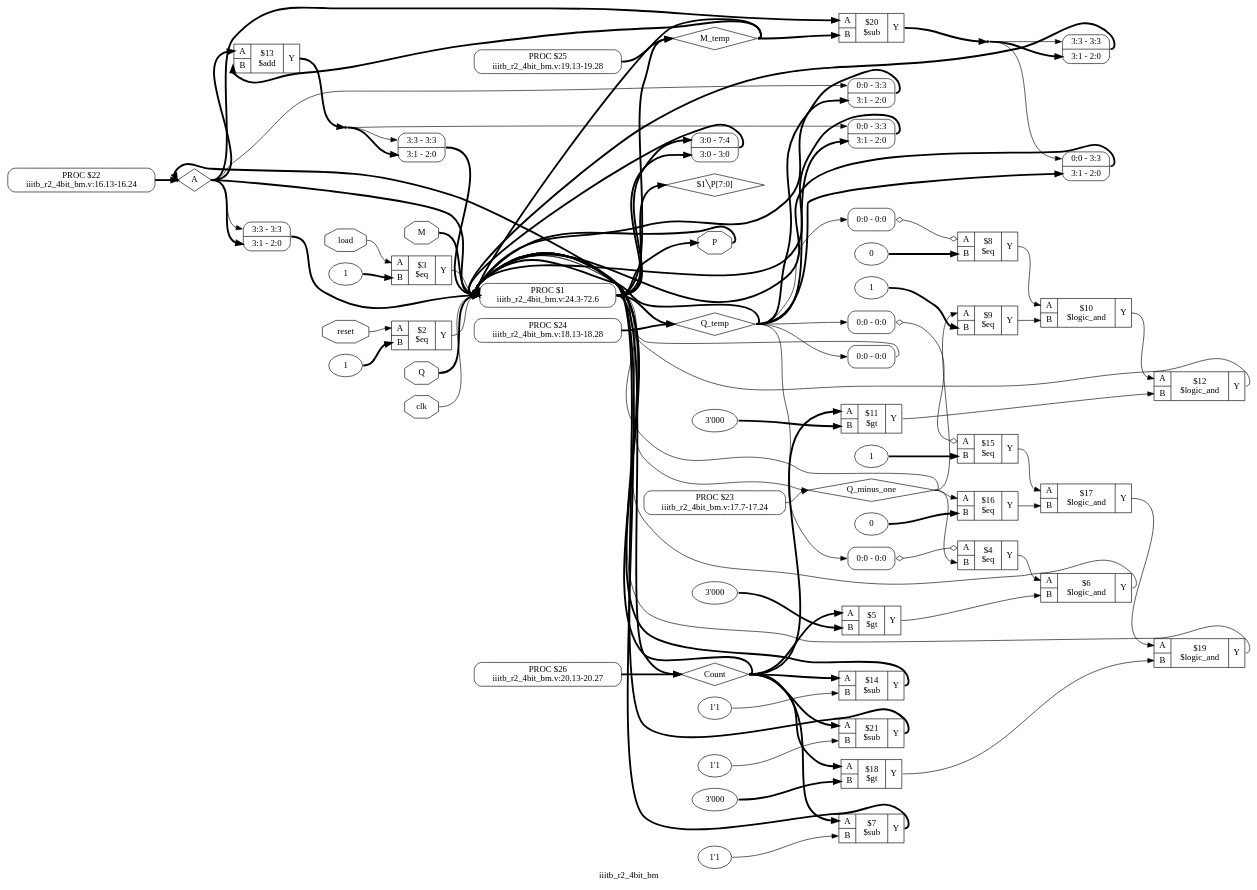
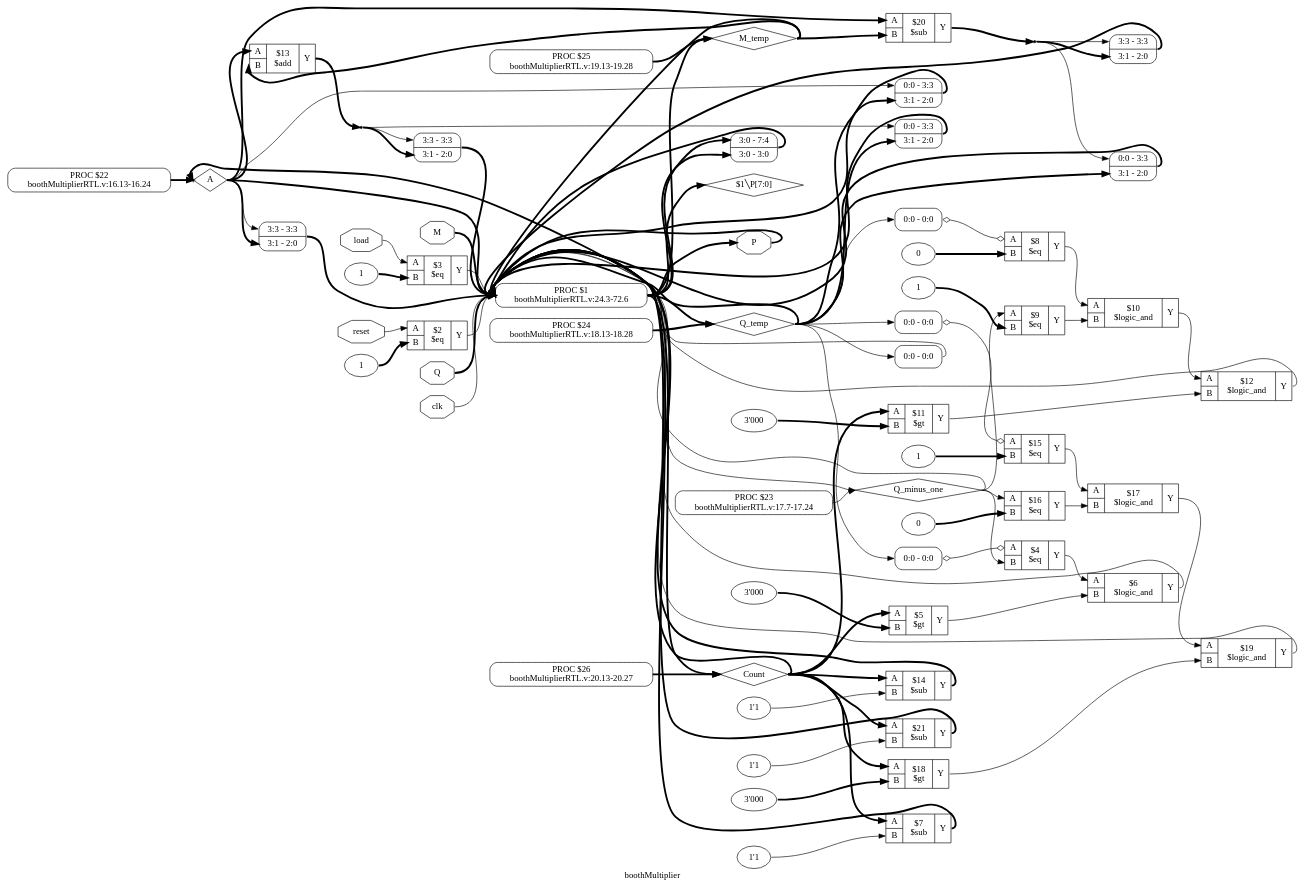
One commit to AbhijitBaral/booth-s_multiplier_ASIC_flow changed the diagram in schematics/RTL_netlist_schematic.dot. Above: the diagram before and after it, drawn with Graphviz. The commit also changed 9 other files, not shown here.

```diff
--- a/schematics/RTL_netlist_schematic.dot
+++ b/schematics/RTL_netlist_schematic.dot
@@ -1,165 +1,165 @@
-digraph "iiitb_r2_4bit_bm" {
-label="iiitb_r2_4bit_bm";
+digraph "boothMultiplier" {
+label="boothMultiplier";
 rankdir="LR";
 remincross=true;
 n55 [ shape=diamond, label="A", color="black", fontcolor="black"];
 n56 [ shape=diamond, label="Count", color="black", fontcolor="black"];
 n57 [ shape=octagon, label="M", color="black", fontcolor="black"];
 n58 [ shape=diamond, label="M_temp", color="black", fontcolor="black"];
 n59 [ shape=octagon, label="P", color="black", fontcolor="black"];
 n60 [ shape=octagon, label="Q", color="black", fontcolor="black"];
 n61 [ shape=diamond, label="Q_minus_one", color="black", fontcolor="black"];
 n62 [ shape=diamond, label="Q_temp", color="black", fontcolor="black"];
 n63 [ shape=octagon, label="clk", color="black", fontcolor="black"];
 n64 [ shape=octagon, label="load", color="black", fontcolor="black"];
 n65 [ shape=octagon, label="reset", color="black", fontcolor="black"];
 c68 [ shape=record, label="{{<p55> A|<p66> B}|$13\n$add|{<p67> Y}}",  ];
 v0 [ label="1" ];
 c69 [ shape=record, label="{{<p55> A|<p66> B}|$2\n$eq|{<p67> Y}}",  ];
 v1 [ label="1" ];
 c70 [ shape=record, label="{{<p55> A|<p66> B}|$3\n$eq|{<p67> Y}}",  ];
 c71 [ shape=record, label="{{<p55> A|<p66> B}|$4\n$eq|{<p67> Y}}",  ];
 x2 [ shape=record, style=rounded, label="<s0> 0:0 - 0:0 ", color="black", fontcolor="black" ];
 x2:e -> c71:p55:w [arrowhead=odiamond, arrowtail=odiamond, dir=both, color="black", fontcolor="black", label=""];
 v4 [ label="0" ];
 c72 [ shape=record, label="{{<p55> A|<p66> B}|$8\n$eq|{<p67> Y}}",  ];
 x3 [ shape=record, style=rounded, label="<s0> 0:0 - 0:0 ", color="black", fontcolor="black" ];
 x3:e -> c72:p55:w [arrowhead=odiamond, arrowtail=odiamond, dir=both, color="black", fontcolor="black", label=""];
 v5 [ label="1" ];
 c73 [ shape=record, label="{{<p55> A|<p66> B}|$9\n$eq|{<p67> Y}}",  ];
 v7 [ label="1" ];
 c74 [ shape=record, label="{{<p55> A|<p66> B}|$15\n$eq|{<p67> Y}}",  ];
 x6 [ shape=record, style=rounded, label="<s0> 0:0 - 0:0 ", color="black", fontcolor="black" ];
 x6:e -> c74:p55:w [arrowhead=odiamond, arrowtail=odiamond, dir=both, color="black", fontcolor="black", label=""];
 v8 [ label="0" ];
 c75 [ shape=record, label="{{<p55> A|<p66> B}|$16\n$eq|{<p67> Y}}",  ];
 v9 [ label="3'000" ];
 c76 [ shape=record, label="{{<p55> A|<p66> B}|$5\n$gt|{<p67> Y}}",  ];
 v10 [ label="3'000" ];
 c77 [ shape=record, label="{{<p55> A|<p66> B}|$11\n$gt|{<p67> Y}}",  ];
 v11 [ label="3'000" ];
 c78 [ shape=record, label="{{<p55> A|<p66> B}|$18\n$gt|{<p67> Y}}",  ];
 c79 [ shape=record, label="{{<p55> A|<p66> B}|$6\n$logic_and|{<p67> Y}}",  ];
 c80 [ shape=record, label="{{<p55> A|<p66> B}|$10\n$logic_and|{<p67> Y}}",  ];
 c81 [ shape=record, label="{{<p55> A|<p66> B}|$12\n$logic_and|{<p67> Y}}",  ];
 c82 [ shape=record, label="{{<p55> A|<p66> B}|$17\n$logic_and|{<p67> Y}}",  ];
 c83 [ shape=record, label="{{<p55> A|<p66> B}|$19\n$logic_and|{<p67> Y}}",  ];
 v12 [ label="1'1" ];
 c84 [ shape=record, label="{{<p55> A|<p66> B}|$7\n$sub|{<p67> Y}}",  ];
 v13 [ label="1'1" ];
 c85 [ shape=record, label="{{<p55> A|<p66> B}|$14\n$sub|{<p67> Y}}",  ];
 c86 [ shape=record, label="{{<p55> A|<p66> B}|$20\n$sub|{<p67> Y}}",  ];
 v14 [ label="1'1" ];
 c87 [ shape=record, label="{{<p55> A|<p66> B}|$21\n$sub|{<p67> Y}}",  ];
-p15 [shape=box, style=rounded, label="PROC $22\niiitb_r2_4bit_bm.v:16.13-16.24", ];
-p16 [shape=box, style=rounded, label="PROC $23\niiitb_r2_4bit_bm.v:17.7-17.24", ];
-p17 [shape=box, style=rounded, label="PROC $24\niiitb_r2_4bit_bm.v:18.13-18.28", ];
-p18 [shape=box, style=rounded, label="PROC $25\niiitb_r2_4bit_bm.v:19.13-19.28", ];
-p19 [shape=box, style=rounded, label="PROC $26\niiitb_r2_4bit_bm.v:20.13-20.27", ];
+p15 [shape=box, style=rounded, label="PROC $22\nboothMultiplierRTL.v:16.13-16.24", ];
+p16 [shape=box, style=rounded, label="PROC $23\nboothMultiplierRTL.v:17.7-17.24", ];
+p17 [shape=box, style=rounded, label="PROC $24\nboothMultiplierRTL.v:18.13-18.28", ];
+p18 [shape=box, style=rounded, label="PROC $25\nboothMultiplierRTL.v:19.13-19.28", ];
+p19 [shape=box, style=rounded, label="PROC $26\nboothMultiplierRTL.v:20.13-20.27", ];
 x21 [ shape=record, style=rounded, label="<s0> 0:0 - 0:0 ", color="black", fontcolor="black" ];
 x22 [ shape=record, style=rounded, label="<s1> 3:3 - 3:3 |<s0> 3:1 - 2:0 ", color="black", fontcolor="black" ];
 x23 [ shape=record, style=rounded, label="<s1> 3:3 - 3:3 |<s0> 3:1 - 2:0 ", color="black", fontcolor="black" ];
 x24 [ shape=record, style=rounded, label="<s1> 3:3 - 3:3 |<s0> 3:1 - 2:0 ", color="black", fontcolor="black" ];
 x25 [ shape=record, style=rounded, label="<s1> 0:0 - 3:3 |<s0> 3:1 - 2:0 ", color="black", fontcolor="black" ];
 x26 [ shape=record, style=rounded, label="<s1> 0:0 - 3:3 |<s0> 3:1 - 2:0 ", color="black", fontcolor="black" ];
 x27 [ shape=record, style=rounded, label="<s1> 0:0 - 3:3 |<s0> 3:1 - 2:0 ", color="black", fontcolor="black" ];
 x28 [ shape=record, style=rounded, label="<s1> 3:0 - 7:4 |<s0> 3:0 - 3:0 ", color="black", fontcolor="black" ];
-p20 [shape=box, style=rounded, label="PROC $1\niiitb_r2_4bit_bm.v:24.3-72.6", ];
+p20 [shape=box, style=rounded, label="PROC $1\nboothMultiplierRTL.v:24.3-72.6", ];
 n10 [ shape=diamond, label="$1&#9586;P[7:0]" ];
 p20:e -> n10:w [color="black", fontcolor="black", style="setlinewidth(3)", label=""];
 p20:e -> x28:s0:w [color="black", fontcolor="black", style="setlinewidth(3)", label=""];
 n35 [ shape=point ];
 c68:p67:e -> n35:w [color="black", fontcolor="black", style="setlinewidth(3)", label=""];
 n35:e -> x23:s0:w [color="black", fontcolor="black", style="setlinewidth(3)", label=""];
 n35:e -> x23:s1:w [color="black", fontcolor="black", label=""];
 n35:e -> x26:s1:w [color="black", fontcolor="black", label=""];
 c69:p67:e -> p20:w [color="black", fontcolor="black", label=""];
 c70:p67:e -> p20:w [color="black", fontcolor="black", label=""];
 c71:p67:e -> c79:p55:w [color="black", fontcolor="black", label=""];
 c72:p67:e -> c80:p55:w [color="black", fontcolor="black", label=""];
 c73:p67:e -> c80:p66:w [color="black", fontcolor="black", label=""];
 c74:p67:e -> c82:p55:w [color="black", fontcolor="black", label=""];
 c75:p67:e -> c82:p66:w [color="black", fontcolor="black", label=""];
 c76:p67:e -> c79:p66:w [color="black", fontcolor="black", label=""];
 c77:p67:e -> c81:p66:w [color="black", fontcolor="black", label=""];
 c78:p67:e -> c83:p66:w [color="black", fontcolor="black", label=""];
 c79:p67:e -> p20:w [color="black", fontcolor="black", label=""];
 c80:p67:e -> c81:p55:w [color="black", fontcolor="black", label=""];
 c81:p67:e -> p20:w [color="black", fontcolor="black", label=""];
 c82:p67:e -> c83:p55:w [color="black", fontcolor="black", label=""];
 c83:p67:e -> p20:w [color="black", fontcolor="black", label=""];
 c84:p67:e -> p20:w [color="black", fontcolor="black", style="setlinewidth(3)", label=""];
 c85:p67:e -> p20:w [color="black", fontcolor="black", style="setlinewidth(3)", label=""];
 n53 [ shape=point ];
 c86:p67:e -> n53:w [color="black", fontcolor="black", style="setlinewidth(3)", label=""];
 n53:e -> x24:s0:w [color="black", fontcolor="black", style="setlinewidth(3)", label=""];
 n53:e -> x24:s1:w [color="black", fontcolor="black", label=""];
 n53:e -> x25:s1:w [color="black", fontcolor="black", label=""];
 c87:p67:e -> p20:w [color="black", fontcolor="black", style="setlinewidth(3)", label=""];
 p15:e -> n55:w [color="black", fontcolor="black", style="setlinewidth(3)", label=""];
 p20:e -> n55:w [color="black", fontcolor="black", style="setlinewidth(3)", label=""];
 n55:e -> c68:p55:w [color="black", fontcolor="black", style="setlinewidth(3)", label=""];
 n55:e -> c86:p55:w [color="black", fontcolor="black", style="setlinewidth(3)", label=""];
 n55:e -> p20:w [color="black", fontcolor="black", style="setlinewidth(3)", label=""];
 n55:e -> x22:s0:w [color="black", fontcolor="black", style="setlinewidth(3)", label=""];
 n55:e -> x22:s1:w [color="black", fontcolor="black", label=""];
 n55:e -> x27:s1:w [color="black", fontcolor="black", label=""];
 p19:e -> n56:w [color="black", fontcolor="black", style="setlinewidth(3)", label=""];
 p20:e -> n56:w [color="black", fontcolor="black", style="setlinewidth(3)", label=""];
 n56:e -> c76:p55:w [color="black", fontcolor="black", style="setlinewidth(3)", label=""];
 n56:e -> c77:p55:w [color="black", fontcolor="black", style="setlinewidth(3)", label=""];
 n56:e -> c78:p55:w [color="black", fontcolor="black", style="setlinewidth(3)", label=""];
 n56:e -> c84:p55:w [color="black", fontcolor="black", style="setlinewidth(3)", label=""];
 n56:e -> c85:p55:w [color="black", fontcolor="black", style="setlinewidth(3)", label=""];
 n56:e -> c87:p55:w [color="black", fontcolor="black", style="setlinewidth(3)", label=""];
 n56:e -> p20:w [color="black", fontcolor="black", style="setlinewidth(3)", label=""];
 n57:e -> p20:w [color="black", fontcolor="black", style="setlinewidth(3)", label=""];
 p18:e -> n58:w [color="black", fontcolor="black", style="setlinewidth(3)", label=""];
 p20:e -> n58:w [color="black", fontcolor="black", style="setlinewidth(3)", label=""];
 n58:e -> c68:p66:w [color="black", fontcolor="black", style="setlinewidth(3)", label=""];
 n58:e -> c86:p66:w [color="black", fontcolor="black", style="setlinewidth(3)", label=""];
 n58:e -> p20:w [color="black", fontcolor="black", style="setlinewidth(3)", label=""];
 p20:e -> n59:w [color="black", fontcolor="black", style="setlinewidth(3)", label=""];
 n59:e -> p20:w [color="black", fontcolor="black", style="setlinewidth(3)", label=""];
 n60:e -> p20:w [color="black", fontcolor="black", style="setlinewidth(3)", label=""];
 p16:e -> n61:w [color="black", fontcolor="black", label=""];
 p20:e -> n61:w [color="black", fontcolor="black", label=""];
 n61:e -> c71:p66:w [color="black", fontcolor="black", label=""];
 n61:e -> c73:p55:w [color="black", fontcolor="black", label=""];
 n61:e -> c75:p55:w [color="black", fontcolor="black", label=""];
 n61:e -> p20:w [color="black", fontcolor="black", label=""];
 p17:e -> n62:w [color="black", fontcolor="black", style="setlinewidth(3)", label=""];
 p20:e -> n62:w [color="black", fontcolor="black", style="setlinewidth(3)", label=""];
 n62:e -> p20:w [color="black", fontcolor="black", style="setlinewidth(3)", label=""];
 n62:e -> x21:s0:w [color="black", fontcolor="black", label=""];
 n62:e -> x25:s0:w [color="black", fontcolor="black", style="setlinewidth(3)", label=""];
 n62:e -> x26:s0:w [color="black", fontcolor="black", style="setlinewidth(3)", label=""];
 n62:e -> x27:s0:w [color="black", fontcolor="black", style="setlinewidth(3)", label=""];
 n62:e -> x2:s0:w [color="black", fontcolor="black", label=""];
 n62:e -> x3:s0:w [color="black", fontcolor="black", label=""];
 n62:e -> x6:s0:w [color="black", fontcolor="black", label=""];
 n63:e -> p20:w [color="black", fontcolor="black", label=""];
 n64:e -> c70:p55:w [color="black", fontcolor="black", label=""];
 n65:e -> c69:p55:w [color="black", fontcolor="black", label=""];
 p20:e -> x28:s1:w [color="black", fontcolor="black", style="setlinewidth(3)", label=""];
 v0:e -> c69:p66:w [color="black", fontcolor="black", style="setlinewidth(3)", label=""];
 v1:e -> c70:p66:w [color="black", fontcolor="black", style="setlinewidth(3)", label=""];
 v10:e -> c77:p66:w [color="black", fontcolor="black", style="setlinewidth(3)", label=""];
 v11:e -> c78:p66:w [color="black", fontcolor="black", style="setlinewidth(3)", label=""];
 v12:e -> c84:p66:w [color="black", fontcolor="black", label=""];
 v13:e -> c85:p66:w [color="black", fontcolor="black", label=""];
 v14:e -> c87:p66:w [color="black", fontcolor="black", label=""];
 v4:e -> c72:p66:w [color="black", fontcolor="black", style="setlinewidth(3)", label=""];
 v5:e -> c73:p66:w [color="black", fontcolor="black", style="setlinewidth(3)", label=""];
 v7:e -> c74:p66:w [color="black", fontcolor="black", style="setlinewidth(3)", label=""];
 v8:e -> c75:p66:w [color="black", fontcolor="black", style="setlinewidth(3)", label=""];
 v9:e -> c76:p66:w [color="black", fontcolor="black", style="setlinewidth(3)", label=""];
 x21:e -> p20:w [color="black", fontcolor="black", label=""];
 x22:e -> p20:w [color="black", fontcolor="black", style="setlinewidth(3)", label=""];
 x23:e -> p20:w [color="black", fontcolor="black", style="setlinewidth(3)", label=""];
 x24:e -> p20:w [color="black", fontcolor="black", style="setlinewidth(3)", label=""];
 x25:e -> p20:w [color="black", fontcolor="black", style="setlinewidth(3)", label=""];
 x26:e -> p20:w [color="black", fontcolor="black", style="setlinewidth(3)", label=""];
 x27:e -> p20:w [color="black", fontcolor="black", style="setlinewidth(3)", label=""];
 x28:e -> p20:w [color="black", fontcolor="black", style="setlinewidth(3)", label=""];
 }
```
